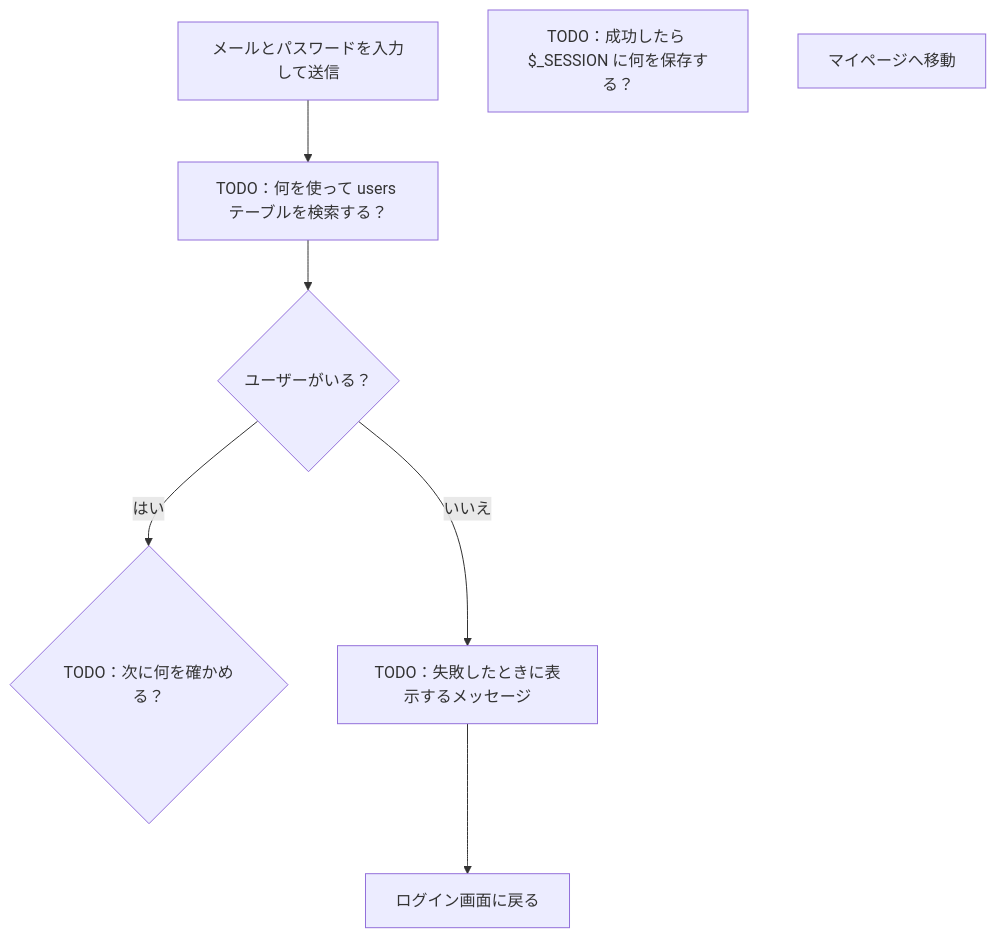
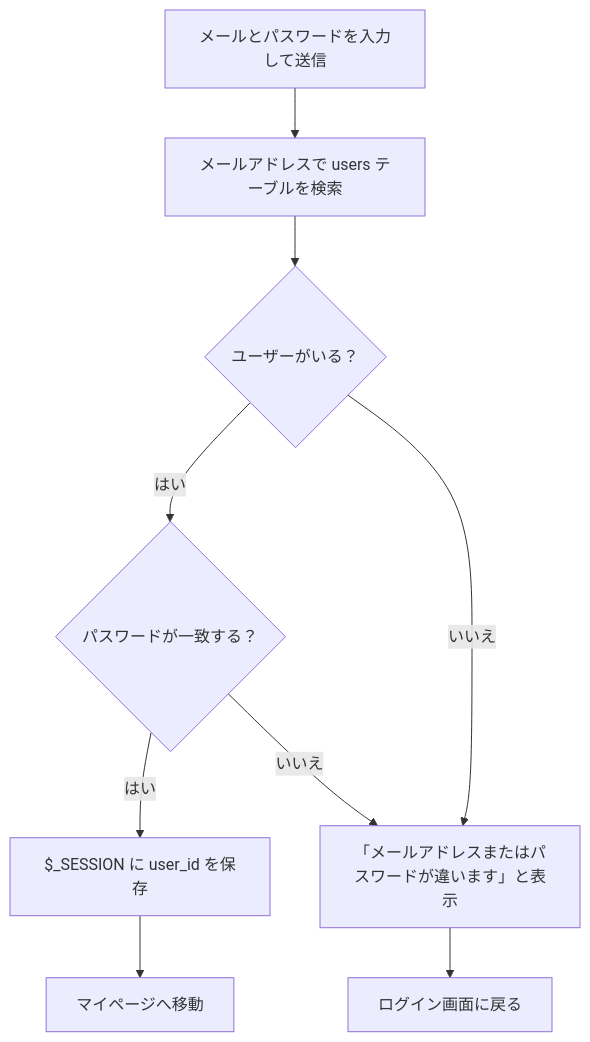
The diagram in public_html/docs/login-design.md (2501281-abcc/guzzu.ec-sight), drawn with Mermaid before and after one commit. The commit also changed other lines of this file, not shown here.

Commit message:
docs: ログイン画面の設計書を追加

````diff
--- a/public_html/docs/login-design.md
+++ b/public_html/docs/login-design.md
@@ -19,19 +19,20 @@
 ```mermaid
 flowchart TD
     A["メールとパスワードを入力して送信"]
-    B["TODO：何を使って users テーブルを検索する？"]
+    B["メールアドレスで users テーブルを検索"]
     C{"ユーザーがいる？"}
-    D{"TODO：次に何を確かめる？"}
-    E["TODO：失敗したときに表示するメッセージ"]
-    F["TODO：成功したら $_SESSION に何を保存する？"]
+    D{"パスワードが一致する？"}
+    E["「メールアドレスまたはパスワードが違います」と表示"]
+    F["$_SESSION に user_id を保存"]
     G["マイページへ移動"]
     H["ログイン画面に戻る"]
 
     A --> B
     B --> C
     C -->|はい| D
     C -->|いいえ| E
     E --> H
-    %% TODO：D から「はい」と「いいえ」の矢印を1本ずつ書く
-    %% TODO：F から G への矢印を書く
+    D -->|はい| F
+    D -->|いいえ| E
+    F --> G
 ```
````
